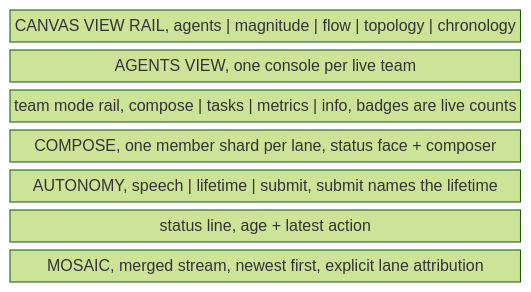
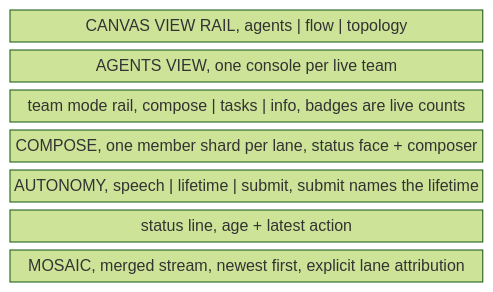
Diagram 17 of 17 in docs/product/loops.md (infimalabs/spice-rust), drawn with Mermaid (forest theme) before and after one commit. The commit also changed other lines of this file and 51 other files, not shown here.

Commit message:
canvas: remove history and metrics surfaces

````diff
--- a/docs/product/loops.md
+++ b/docs/product/loops.md
@@ -589,11 +589,11 @@
 ```mermaid
 block-beta
   columns 1
-  G["CANVAS VIEW RAIL, agents | magnitude | flow | topology | chronology"]
+  G["CANVAS VIEW RAIL, agents | flow | topology"]
   C["AGENTS VIEW, one console per live team"]
-  R["team mode rail, compose | tasks | metrics | info, badges are live counts"]
+  R["team mode rail, compose | tasks | info, badges are live counts"]
   W["COMPOSE, one member shard per lane, status face + composer"]
   A["AUTONOMY, speech | lifetime | submit, submit names the lifetime"]
   S["status line, age + latest action"]
   M["MOSAIC, merged stream, newest first, explicit lane attribution"]
 ```
````
